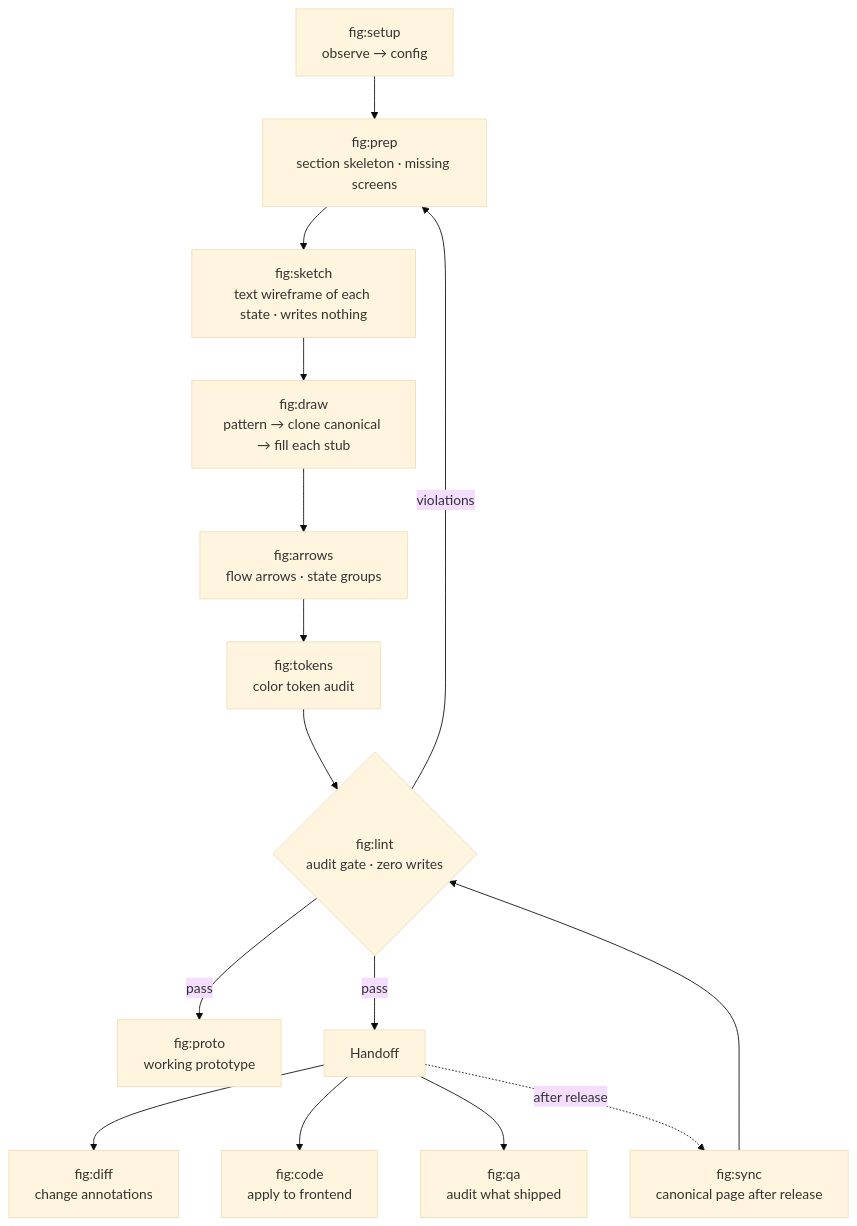
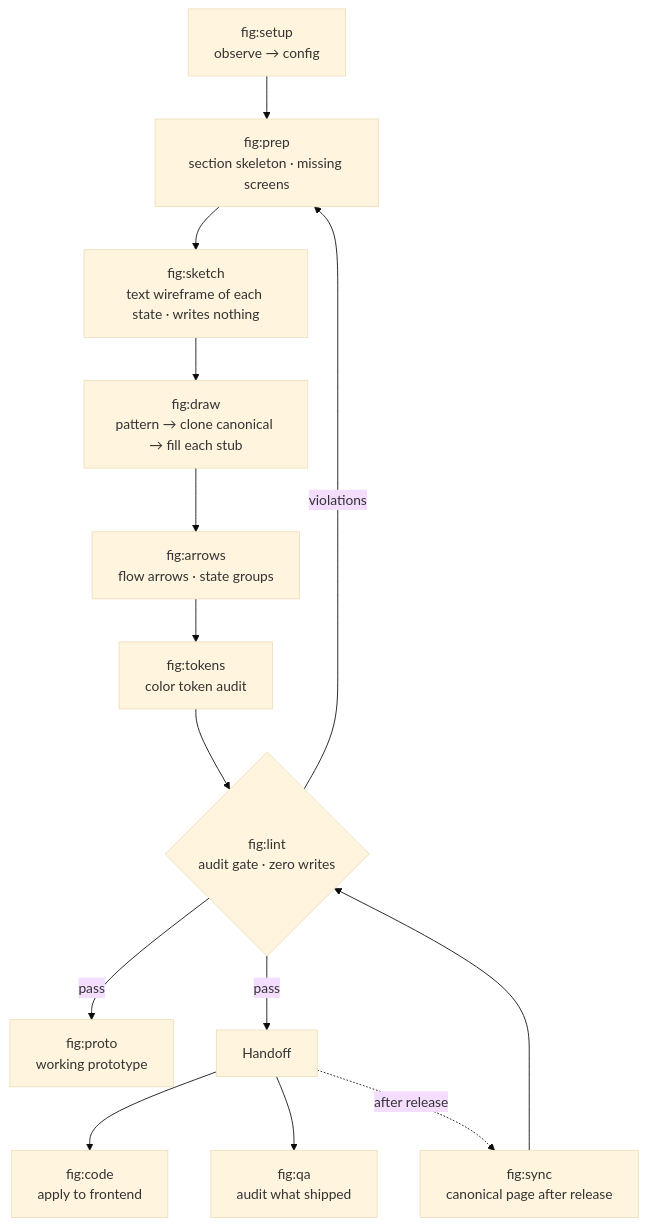
One commit to byjunyoung/claude-product-skills changed the diagram in README.md. Above: the diagram before and after it, drawn with Mermaid (base theme). The commit also changed other lines of this file and 15 other files, not shown here.

First line of the commit message:
refactor(fig): /fig:diff를 없애고 핸드오프가 노션·깃허브 쓰기를 직접 맡는다

````diff
--- a/README.md
+++ b/README.md
@@ -336,26 +335,24 @@
 ```mermaid
 flowchart TD
     setup["fig:setup<br/>observe → config"]
     prep["fig:prep<br/>section skeleton · missing screens"]
     sketch["fig:sketch<br/>text wireframe of each state · writes nothing"]
     draw["fig:draw<br/>pattern → clone canonical → fill each stub"]
     arrows["fig:arrows<br/>flow arrows · state groups"]
     tokens["fig:tokens<br/>color token audit"]
     lint{"fig:lint<br/>audit gate · zero writes"}
     proto["fig:proto<br/>working prototype"]
     handoff["Handoff"]
-    diff["fig:diff<br/>change annotations"]
     code["fig:code<br/>apply to frontend"]
     sync["fig:sync<br/>canonical page after release"]
     qa["fig:qa<br/>audit what shipped"]
 
     setup --> prep --> sketch --> draw --> arrows --> tokens --> lint
     lint -- violations --> prep
     lint -- pass --> proto
     lint -- pass --> handoff
-    handoff --> diff
     handoff --> code
     handoff --> qa
     handoff -. after release .-> sync
     sync --> lint
 ```
````
